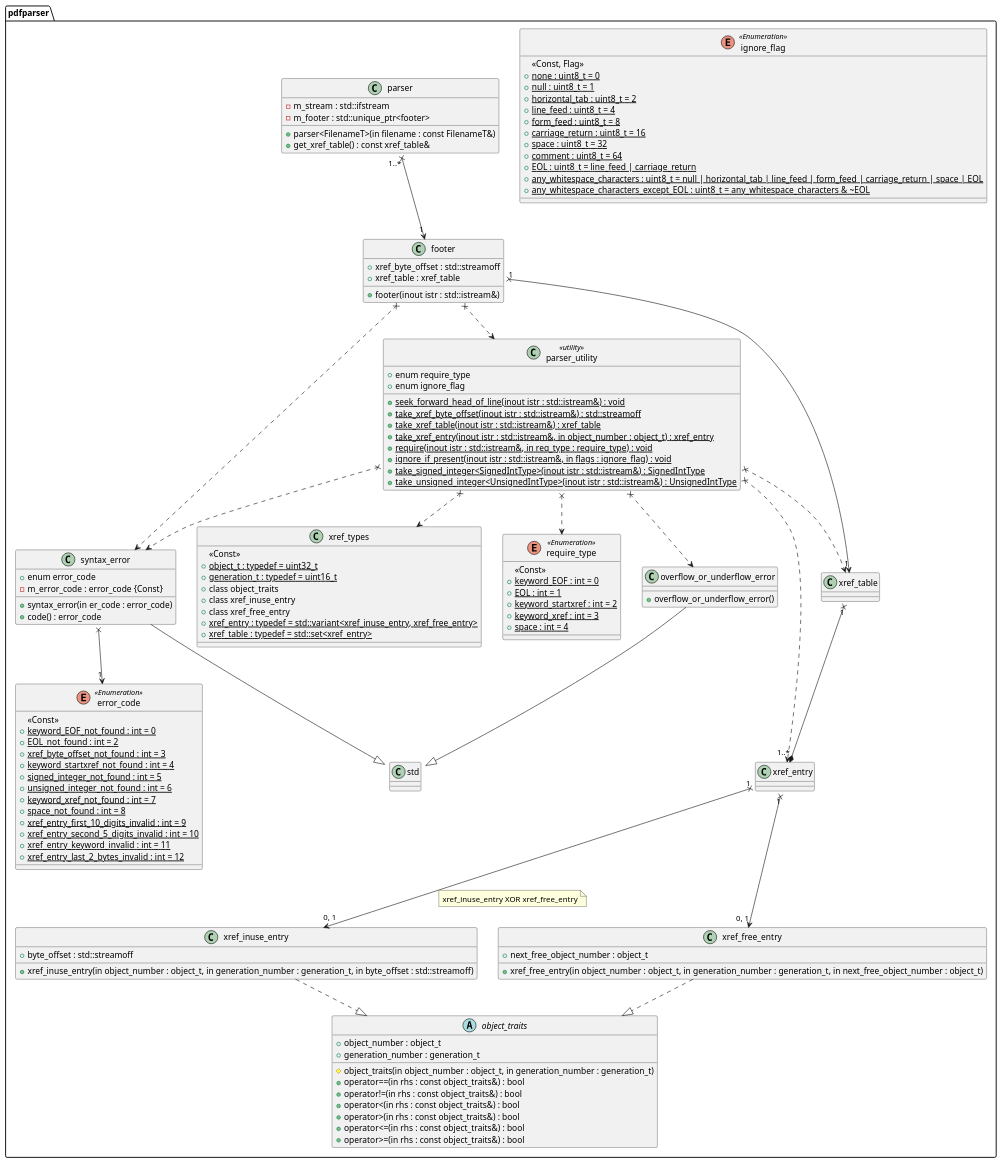
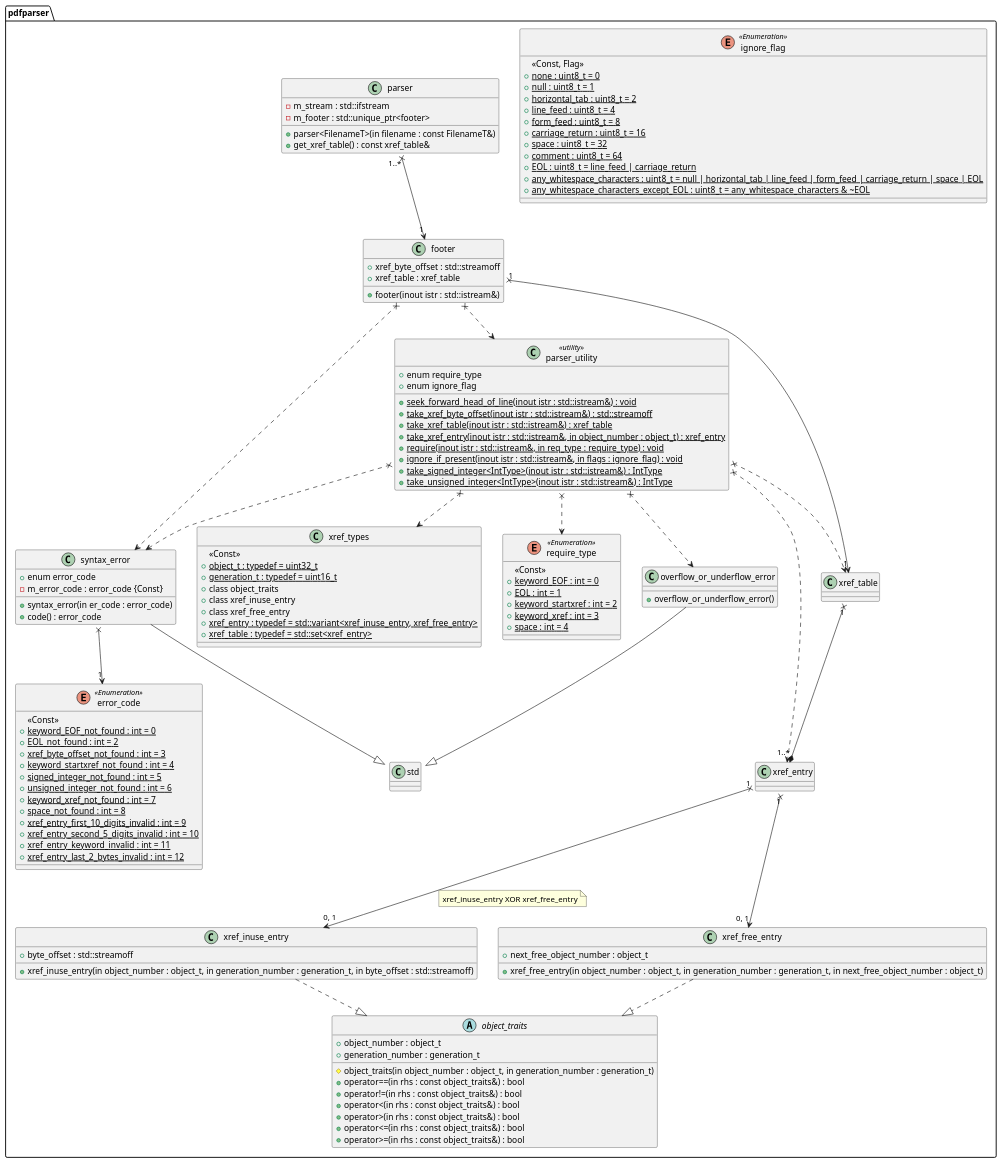
The diagram in document/parser.class.pu (KodaiYM/PDFReader), drawn with PlantUML before and after one commit. The commit also changed 1 other file, not shown here.

Commit message:
take_signed_integer, take_unsigned_integer の仕様書のテンプレート型をいずれも IntType に変更（ソースコードに合わせて。）

```diff
--- a/document/parser.class.pu
+++ b/document/parser.class.pu
@@ -1,137 +1,137 @@
 @startuml parser
 namespace pdfparser {
 enum require_type <<Enumeration>> {
 	<<Const>>
 	+{static} keyword_EOF : int = 0
 	+{static} EOL : int = 1
 	+{static} keyword_startxref : int = 2
 	+{static} keyword_xref : int = 3
 	+{static} space : int = 4
 }
 enum ignore_flag <<Enumeration>> {
 	<<Const, Flag>>
 	+{static} none : uint8_t = 0
 	+{static} null : uint8_t = 1
 	+{static} horizontal_tab : uint8_t = 2
 	+{static} line_feed : uint8_t = 4
 	+{static} form_feed : uint8_t = 8
 	+{static} carriage_return : uint8_t = 16
 	+{static} space : uint8_t = 32
 	+{static} comment : uint8_t = 64
 	+{static} EOL : uint8_t = line_feed | carriage_return
 	+{static} any_whitespace_characters : uint8_t = null | horizontal_tab | line_feed | form_feed | carriage_return | space | EOL
 	+{static} any_whitespace_characters_except_EOL : uint8_t = any_whitespace_characters & ~EOL
 }
 
 class parser {
 	-m_stream : std::ifstream
 	-m_footer : std::unique_ptr<footer>
 
 	+parser<FilenameT>(in filename : const FilenameT&)
 	+get_xref_table() : const xref_table&
 }
 parser "1..*" x--> "1" footer
 
 class footer {
 	+xref_byte_offset : std::streamoff
 	+xref_table : xref_table
 
 	+footer(inout istr : std::istream&)
 }
 footer x..> syntax_error
 footer x..> parser_utility
 footer "1" x--> "1" xref_table
 
 class parser_utility <<utility>> {
 	+enum require_type
 	+enum ignore_flag
 
 	+{static} seek_forward_head_of_line(inout istr : std::istream&) : void
 	+{static} take_xref_byte_offset(inout istr : std::istream&) : std::streamoff
 	+{static} take_xref_table(inout istr : std::istream&) : xref_table
 	+{static} take_xref_entry(inout istr : std::istream&, in object_number : object_t) : xref_entry
 	+{static} require(inout istr : std::istream&, in req_type : require_type) : void
 	+{static} ignore_if_present(inout istr : std::istream&, in flags : ignore_flag) : void
-	+{static} take_signed_integer<SignedIntType>(inout istr : std::istream&) : SignedIntType
-	+{static} take_unsigned_integer<UnsignedIntType>(inout istr : std::istream&) : UnsignedIntType
+	+{static} take_signed_integer<IntType>(inout istr : std::istream&) : IntType
+	+{static} take_unsigned_integer<IntType>(inout istr : std::istream&) : IntType
 }
 parser_utility x..> require_type
 parser_utility x..> syntax_error
 parser_utility x..> overflow_or_underflow_error
 parser_utility x..> xref_table
 parser_utility x..> xref_entry
 parser_utility x..> xref_types
 
 enum error_code <<Enumeration>> {
 	<<Const>>
 	+{static} keyword_EOF_not_found : int = 0
 	+{static} EOL_not_found : int = 2
 	+{static} xref_byte_offset_not_found : int = 3
 	+{static} keyword_startxref_not_found : int = 4
 	+{static} signed_integer_not_found : int = 5
 	+{static} unsigned_integer_not_found : int = 6
 	+{static} keyword_xref_not_found : int = 7
 	+{static} space_not_found : int = 8
 	+{static} xref_entry_first_10_digits_invalid : int = 9
 	+{static} xref_entry_second_5_digits_invalid : int = 10
 	+{static} xref_entry_keyword_invalid : int = 11
 	+{static} xref_entry_last_2_bytes_invalid : int = 12
 }
 class syntax_error {
 	+enum error_code
 	-m_error_code : error_code {Const}
 
 	+syntax_error(in er_code : error_code)
 	+code() : error_code
 }
 syntax_error --|> std::runtime_error
 syntax_error x--> "1" error_code
 
 class overflow_or_underflow_error {
 	+overflow_or_underflow_error()
 }
 overflow_or_underflow_error --|> std::runtime_error
 
 class xref_types {
 	<<Const>>
 	+{static} object_t : typedef = uint32_t
 	+{static} generation_t : typedef = uint16_t
 	+class object_traits
 	+class xref_inuse_entry
 	+class xref_free_entry
 	+{static} xref_entry : typedef = std::variant<xref_inuse_entry, xref_free_entry>
 	+{static} xref_table : typedef = std::set<xref_entry>
 }
 xref_table "1" x--* "1..*" xref_entry
 xref_entry "1" x--> "0, 1" xref_inuse_entry
 note right on link
 xref_inuse_entry XOR xref_free_entry
 end note
 xref_entry "1" x--> "0, 1" xref_free_entry
 
 abstract class object_traits {
 	+object_number : object_t
 	+generation_number : generation_t
 
 	#object_traits(in object_number : object_t, in generation_number : generation_t)
 	+operator==(in rhs : const object_traits&) : bool
 	+operator!=(in rhs : const object_traits&) : bool
 	+operator<(in rhs : const object_traits&) : bool
 	+operator>(in rhs : const object_traits&) : bool
 	+operator<=(in rhs : const object_traits&) : bool
 	+operator>=(in rhs : const object_traits&) : bool
 }
 
 class xref_inuse_entry {
 	+xref_inuse_entry(in object_number : object_t, in generation_number : generation_t, in byte_offset : std::streamoff)
 	+byte_offset : std::streamoff
 }
 xref_inuse_entry ..|> object_traits
 
 class xref_free_entry {
 	+xref_free_entry(in object_number : object_t, in generation_number : generation_t, in next_free_object_number : object_t)
 	+next_free_object_number : object_t
 }
 xref_free_entry ..|> object_traits
 }
 @enduml
```
